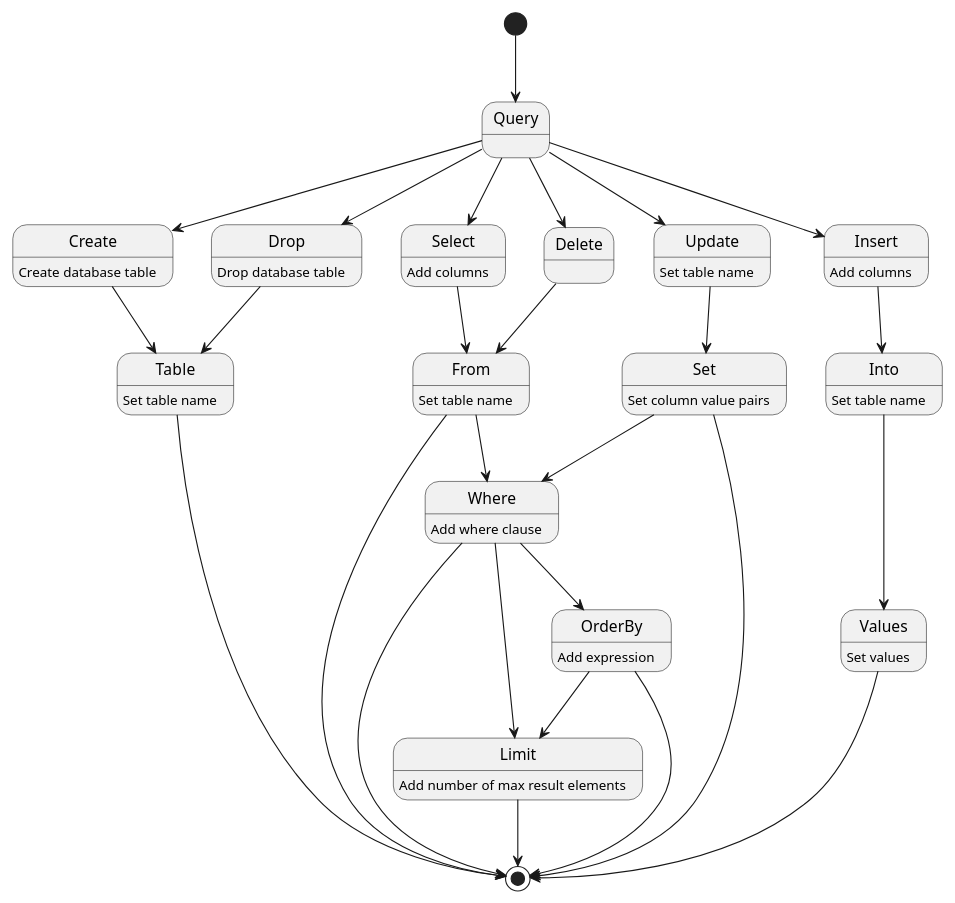
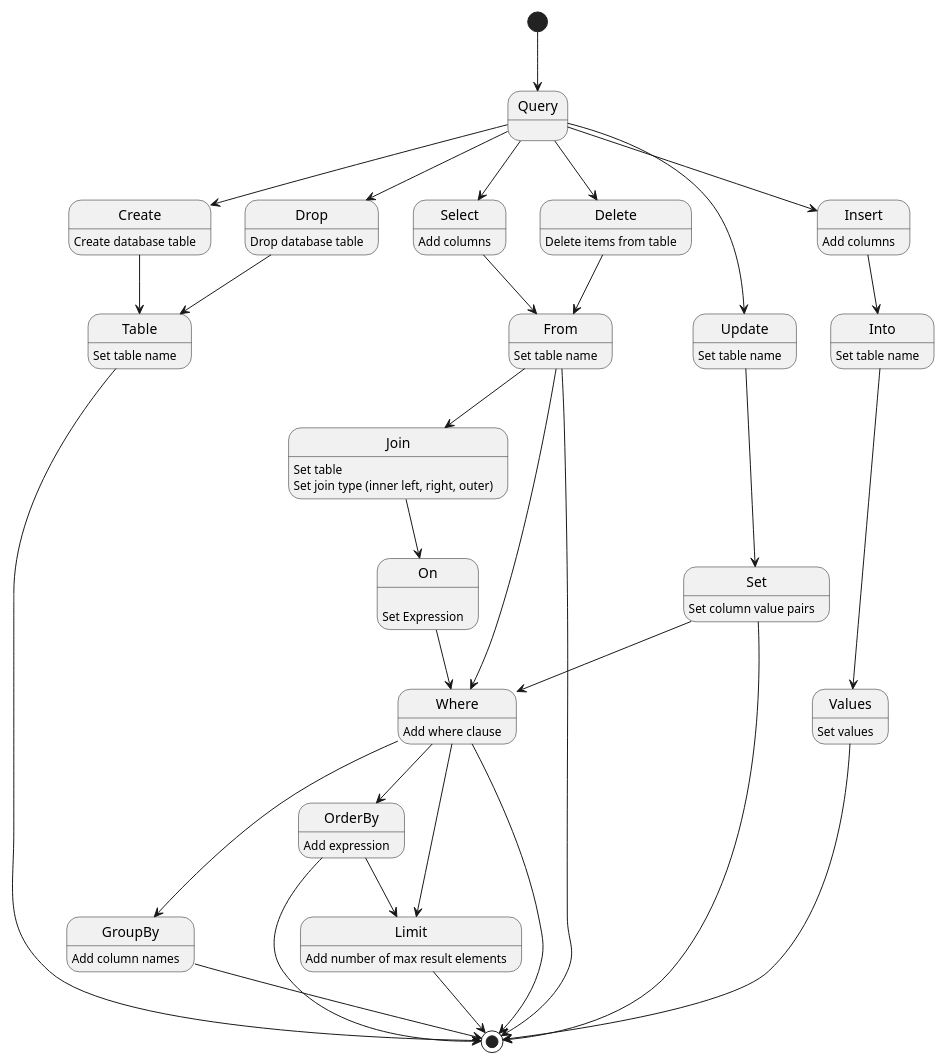
The diagram in sandbox/query.puml (zussel/matador), drawn with PlantUML before and after one commit. The commit also changed 40 other files, not shown here.

```diff
--- a/sandbox/query.puml
+++ b/sandbox/query.puml
@@ -1,69 +1,83 @@
 @startuml
 
 scale 800 width
 state Query
 
 state Create
 Create : Create database table
 state Drop
 Drop : Drop database table
 state Select
 Select: Add columns
 state Insert
 Insert: Add columns
 state Update
 Update: Set table name
 state Delete
+Delete: Delete items from table
 
 state Table
 Table: Set table name
 state Into
 Into: Set table name
 state From
 From: Set table name
 
+state Join
+Join: Set table
+Join: Set join type (inner left, right, outer)
 state Where
 Where: Add where clause
 state Set
 Set: Set column value pairs
 state Values
 Values: Set values
 
+state On:
+On: Set Expression
+
+state GroupBy
+GroupBy: Add column names
 state OrderBy
 OrderBy: Add expression
 state Limit
 Limit: Add number of max result elements
 
 [*] --> Query
 Query --> Create
 Query --> Drop
 Query --> Select
 Query --> Insert
 Query --> Update
 Query --> Delete
 
 Create --> Table
 Drop --> Table
 Select --> From
 Insert --> Into
 Delete --> From
 
 Into --> Values
 Update --> Set
 Set --> Where
 From --> Where
+From --> Join
+Join --> On
+On --> Where
 
+Where --> GroupBy
 Where --> OrderBy
 Where --> Limit
 
 OrderBy --> Limit
 
 Table --> [*]
-Values --> [*]
+Values ---> [*]
 Where --> [*]
 Set --> [*]
 From --> [*]
 Limit --> [*]
 OrderBy --> [*]
+GroupBy --> [*]
 
 @enduml
```
